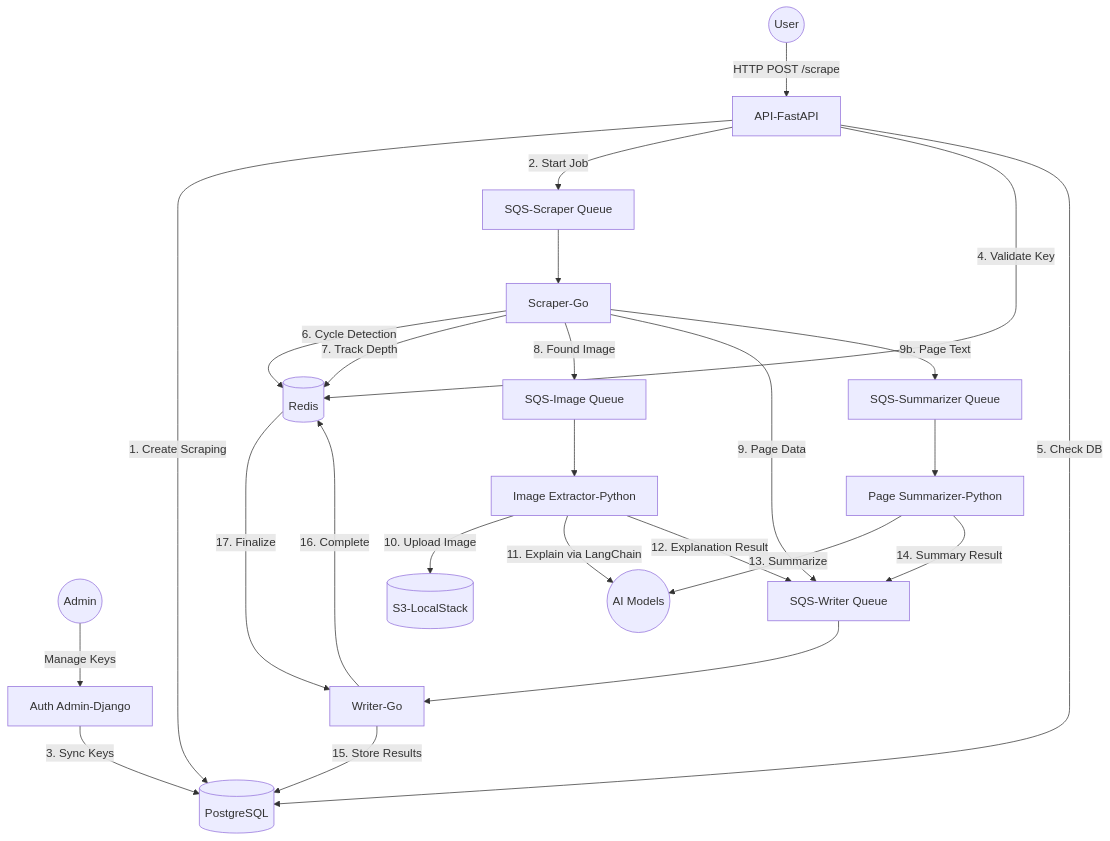
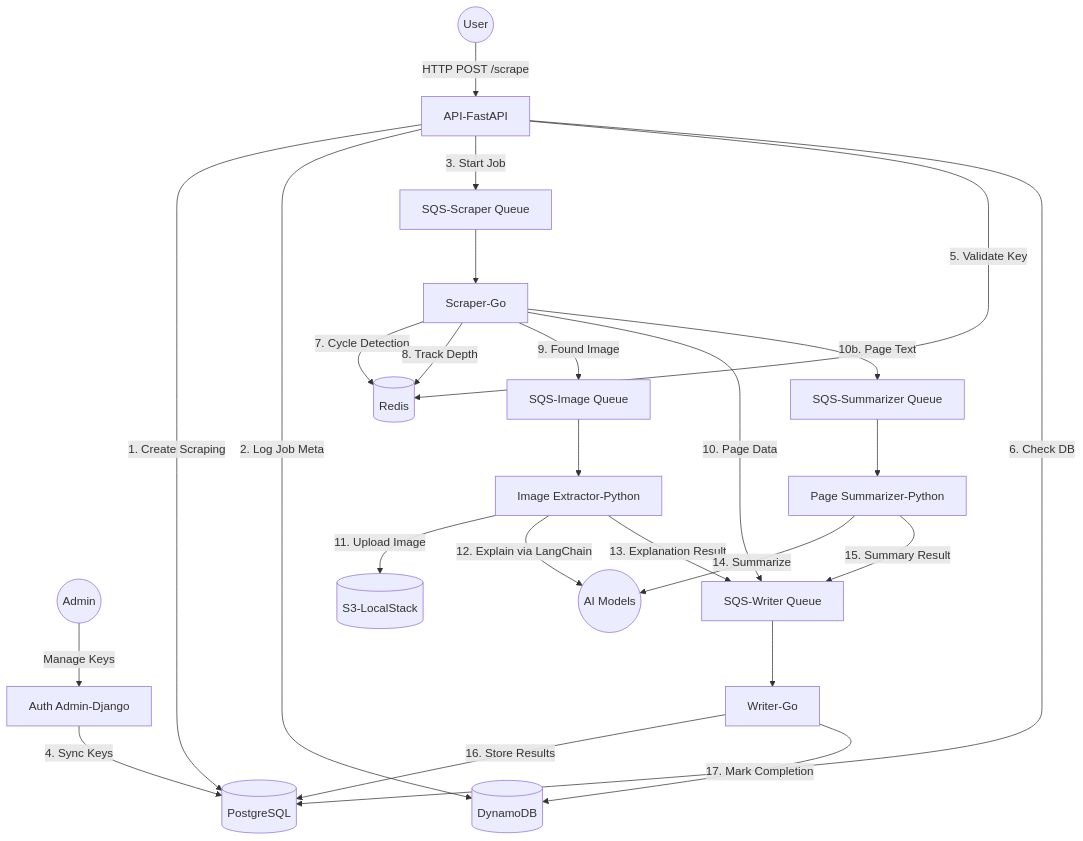
One commit to diegojromerolopez/isidorus-web-scraper changed the diagram in README.md. Above: the diagram before and after it, drawn with Mermaid. The commit also changed other lines of this file and 37 other files, not shown here.

Commit message:
fix: the dynamoDB database must store the metadata (status), while the PostgreSQL must store the scraping data only. Also linter issues for Python and golang and 100% test coverage achieved

````diff
--- a/README.md
+++ b/README.md
@@ -37,32 +37,32 @@
 ```mermaid
 graph TD
     User((User)) -->|HTTP POST /scrape| API[API-FastAPI]
     API -->|1. Create Scraping| DB[(PostgreSQL)]
-    API -->|2. Start Job| SQS_S[SQS-Scraper Queue]
+    API -->|2. Log Job Meta| Dynamo[(DynamoDB)]
+    API -->|3. Start Job| SQS_S[SQS-Scraper Queue]
     
     Admin((Admin)) -->|Manage Keys| AuthAdmin[Auth Admin-Django]
-    AuthAdmin -->|3. Sync Keys| DB
-    API -->|4. Validate Key| Redis[(Redis)]
-    API -->|5. Check DB| DB
+    AuthAdmin -->|4. Sync Keys| DB
+    API -->|5. Validate Key| Redis[(Redis)]
+    API -->|6. Check DB| DB
     
     SQS_S --> Scraper[Scraper-Go]
-    Scraper -->|6. Cycle Detection| Redis
-    Scraper -->|7. Track Depth| Redis
-    Scraper -->|8. Found Image| SQS_I[SQS-Image Queue]
-    Scraper -->|9. Page Data| SQS_W[SQS-Writer Queue]
+    Scraper -->|7. Cycle Detection| Redis
+    Scraper -->|8. Track Depth| Redis
+    Scraper -->|9. Found Image| SQS_I[SQS-Image Queue]
+    Scraper -->|10. Page Data| SQS_W[SQS-Writer Queue]
     
     SQS_I --> Extractor[Image Extractor-Python]
-    Extractor -->|10. Upload Image| S3[(S3-LocalStack)]
-    Extractor -->|11. Explain via LangChain| LLM((AI Models))
-    Extractor -->|12. Explanation Result| SQS_W
+    Extractor -->|11. Upload Image| S3[(S3-LocalStack)]
+    Extractor -->|12. Explain via LangChain| LLM((AI Models))
+    Extractor -->|13. Explanation Result| SQS_W
 
-    Scraper -->|9b. Page Text| SQS_PS[SQS-Summarizer Queue]
+    Scraper -->|10b. Page Text| SQS_PS[SQS-Summarizer Queue]
     SQS_PS --> Summarizer[Page Summarizer-Python]
-    Summarizer -->|13. Summarize| LLM
-    Summarizer -->|14. Summary Result| SQS_W
+    Summarizer -->|14. Summarize| LLM
+    Summarizer -->|15. Summary Result| SQS_W
     
     SQS_W --> Writer[Writer-Go]
-    Writer -->|15. Store Results| DB
-    Writer -->|16. Complete| Redis
-    Redis -->|17. Finalize| Writer
+    Writer -->|16. Store Results| DB
+    Writer -->|17. Mark Completion| Dynamo
 ```
````
